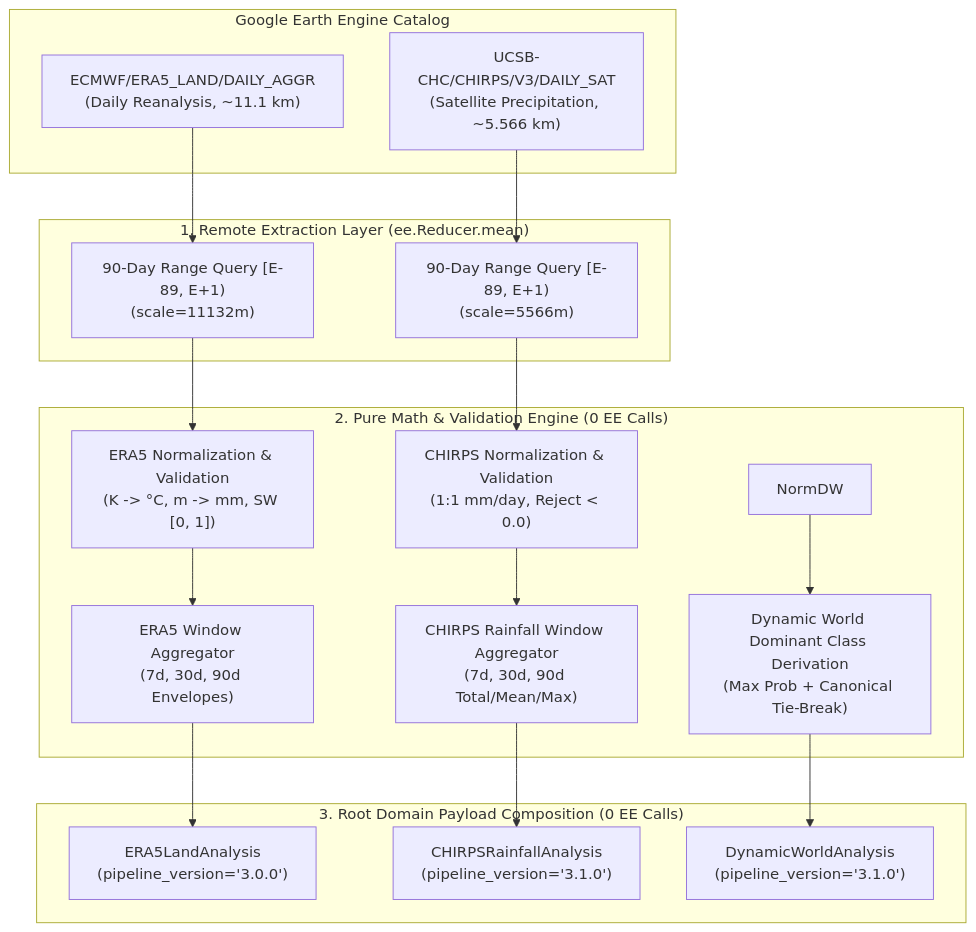
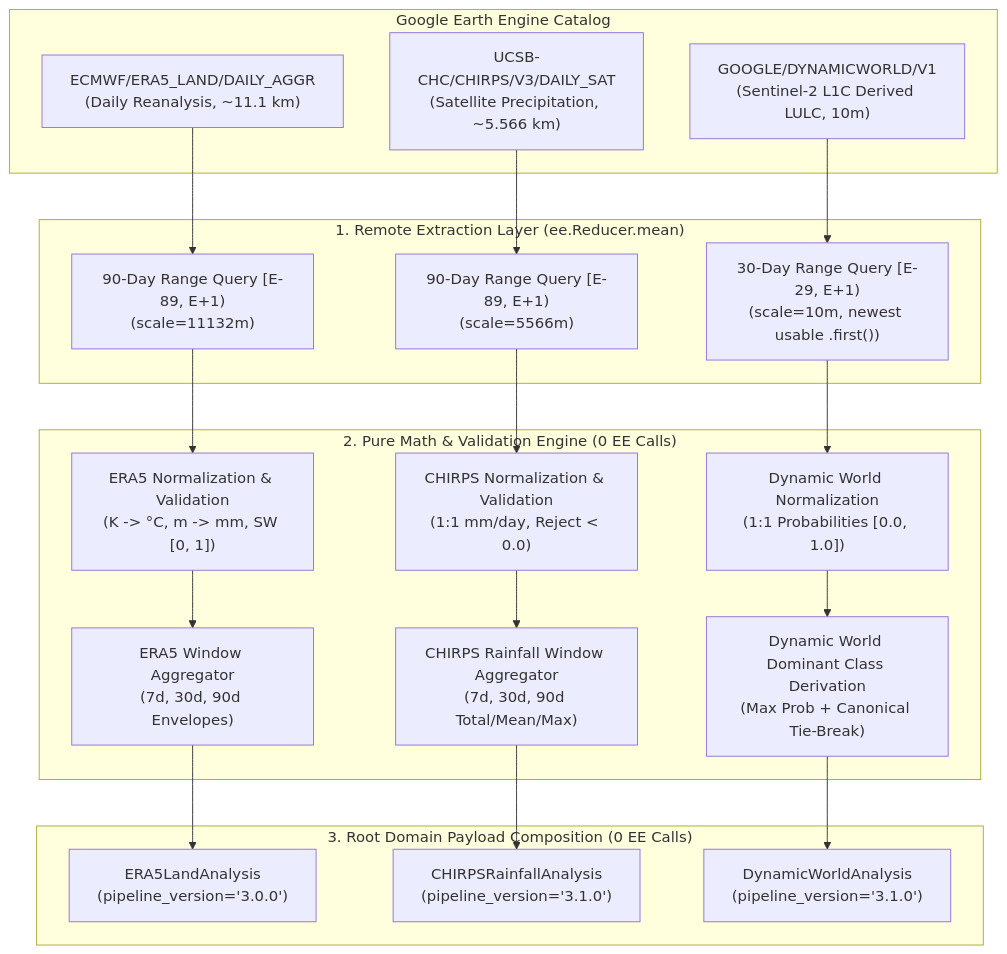
One commit to Kushagra-Dixit-0906/bharatsahayak-v2 changed the third of 3 diagrams in docs/ARCHITECTURE.md. Above: the diagram before and after it, drawn with Mermaid. The commit also changed other lines of this file and 4 other files, not shown here.

````diff
--- a/docs/ARCHITECTURE.md
+++ b/docs/ARCHITECTURE.md
@@ -205,26 +205,29 @@
 ```mermaid
 graph TD
     subgraph EarthEngineCatalog ["Google Earth Engine Catalog"]
         ERA["ECMWF/ERA5_LAND/DAILY_AGGR\n(Daily Reanalysis, ~11.1 km)"]
         CHIRPS["UCSB-CHC/CHIRPS/V3/DAILY_SAT\n(Satellite Precipitation, ~5.566 km)"]
+        DW["GOOGLE/DYNAMICWORLD/V1\n(Sentinel-2 L1C Derived LULC, 10m)"]
     end
 
     subgraph DataExtraction ["1. Remote Extraction Layer (ee.Reducer.mean)"]
         ERA --> QueryERA["90-Day Range Query [E-89, E+1)\n(scale=11132m)"]
         CHIRPS --> QueryCHIRPS["90-Day Range Query [E-89, E+1)\n(scale=5566m)"]
+        DW --> QueryDW["30-Day Range Query [E-29, E+1)\n(scale=10m, newest usable .first())"]
     end
 
     subgraph ValidationEngine ["2. Pure Math & Validation Engine (0 EE Calls)"]
         QueryERA --> NormERA["ERA5 Normalization & Validation\n(K -> °C, m -> mm, SW [0, 1])"]
         QueryCHIRPS --> NormCHIRPS["CHIRPS Normalization & Validation\n(1:1 mm/day, Reject < 0.0)"]
+        QueryDW --> NormDW["Dynamic World Normalization\n(1:1 Probabilities [0.0, 1.0])"]
         NormERA --> WinERA["ERA5 Window Aggregator\n(7d, 30d, 90d Envelopes)"]
         NormCHIRPS --> WinCHIRPS["CHIRPS Rainfall Window Aggregator\n(7d, 30d, 90d Total/Mean/Max)"]
         NormDW --> DomDW["Dynamic World Dominant Class Derivation\n(Max Prob + Canonical Tie-Break)"]
     end
 
     subgraph DomainAssembly ["3. Root Domain Payload Composition (0 EE Calls)"]
         WinERA --> OutERA["ERA5LandAnalysis\n(pipeline_version='3.0.0')"]
         WinCHIRPS --> OutCHIRPS["CHIRPSRainfallAnalysis\n(pipeline_version='3.1.0')"]
         DomDW --> OutDW["DynamicWorldAnalysis\n(pipeline_version='3.1.0')"]
     end
 ```
````
